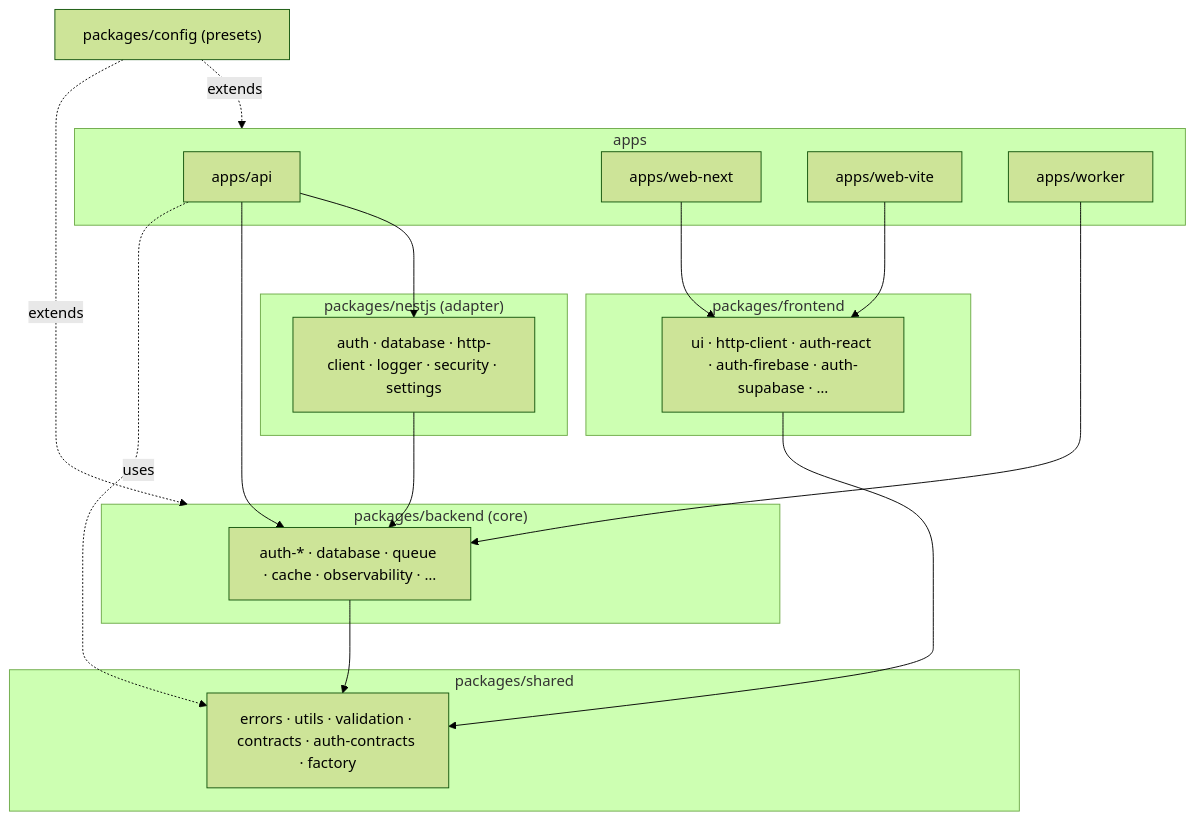
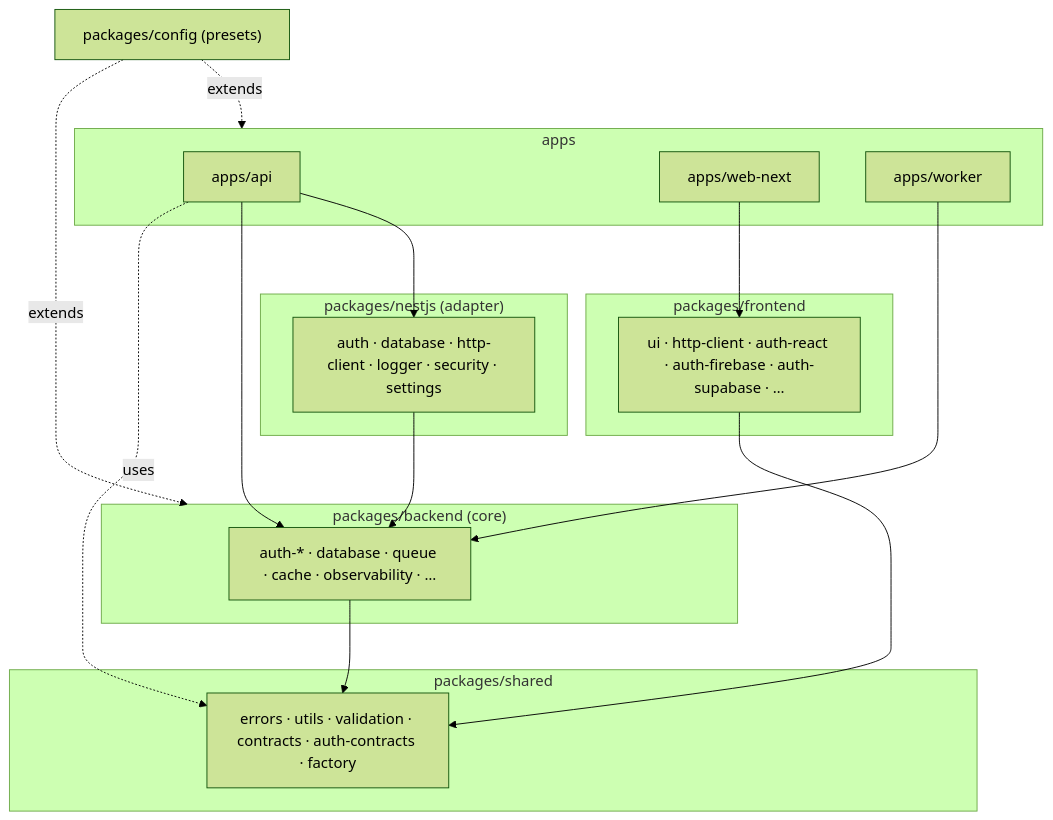
The first of 2 diagrams in docs/reference/architecture.md (Changsik00/service-foundry), drawn with Mermaid (forest theme) before and after one commit. The commit also changed other lines of this file and 32 other files, not shown here.

Commit message:
chore(spec-x-web-consolidation): web-vite 삭제 및 참조 정리

````diff
--- a/docs/reference/architecture.md
+++ b/docs/reference/architecture.md
@@ -33,31 +33,29 @@
 ```mermaid
 flowchart TD
     subgraph apps
       api[apps/api]
       wnext[apps/web-next]
-      wvite[apps/web-vite]
       worker[apps/worker]
     end
     subgraph nestjs["packages/nestjs (adapter)"]
       njs[auth · database · http-client · logger · security · settings]
     end
     subgraph backend["packages/backend (core)"]
       be[auth-* · database · queue · cache · observability · …]
     end
     subgraph frontend["packages/frontend"]
       fe[ui · http-client · auth-react · auth-firebase · auth-supabase · …]
     end
     subgraph shared["packages/shared"]
       sh[errors · utils · validation · contracts · auth-contracts · factory]
     end
     config["packages/config (presets)"]
 
     api --> njs --> be --> sh
     api --> be
     worker --> be
     wnext --> fe --> sh
-    wvite --> fe
     api -.uses.-> sh
     config -.extends.-> apps
     config -.extends.-> backend
 ```
````
